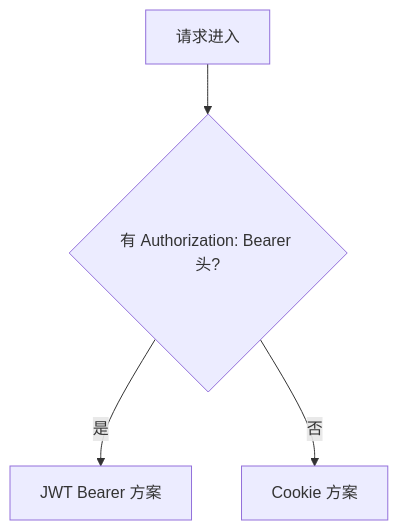
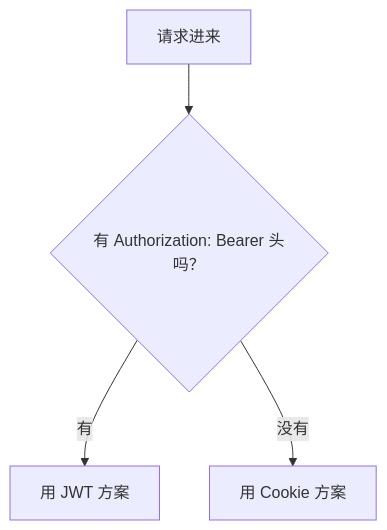
The eighth of 9 diagrams in docs/dotnet/auth/01认证基础与中间件管道.md (koeltp/blog), drawn with Mermaid before and after one commit. The commit also changed other lines of this file and 21 other files, not shown here.

````diff
--- a/docs/dotnet/auth/01认证基础与中间件管道.md
+++ b/docs/dotnet/auth/01认证基础与中间件管道.md
@@ -371,6 +320,6 @@
 ```mermaid
 flowchart TD
-    A[请求进入] --> B{有 Authorization: Bearer 头?}
-    B -->|是| C[JWT Bearer 方案]
-    B -->|否| D[Cookie 方案]
+    A["请求进来"] --> B{"有 Authorization: Bearer 头吗？"}
+    B -->|有| C["用 JWT 方案"]
+    B -->|没有| D["用 Cookie 方案"]
 ```
````
